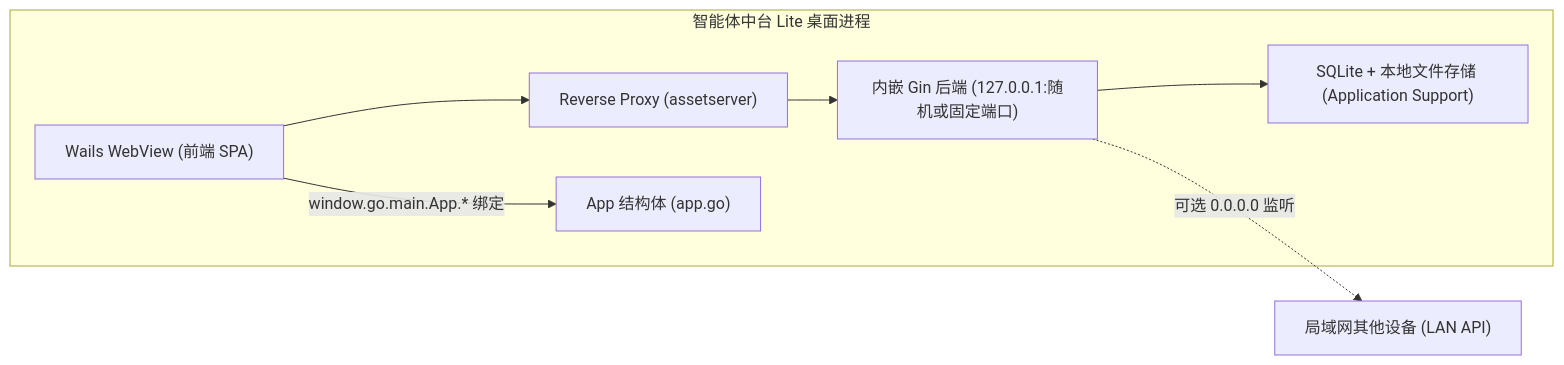
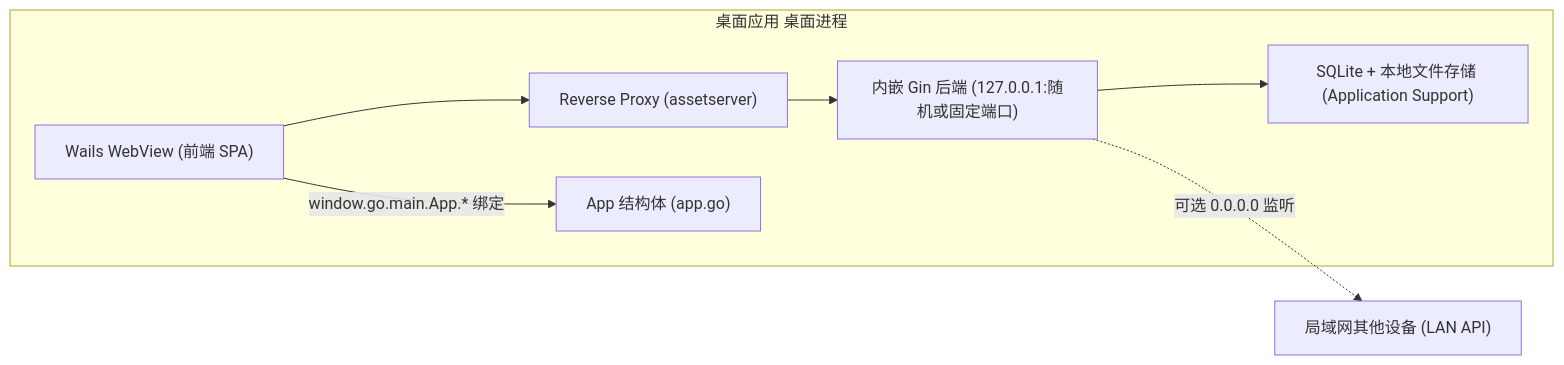
One commit to qinlei131479/WeKnora changed the diagram in apps/docs/05-clients/05-desktop.md. Above: the diagram before and after it, drawn with Mermaid. The commit also changed other lines of this file and 66 other files, not shown here.

````diff
--- a/apps/docs/05-clients/05-desktop.md
+++ b/apps/docs/05-clients/05-desktop.md
@@ -17,12 +17,12 @@
 ```mermaid
 flowchart LR
-    subgraph D["智能体中台 Lite 桌面进程"]
+    subgraph D["桌面应用 桌面进程"]
         W["Wails WebView (前端 SPA)"]
         P["Reverse Proxy (assetserver)"]
         B["内嵌 Gin 后端 (127.0.0.1:随机或固定端口)"]
         S["SQLite + 本地文件存储 (Application Support)"]
         W --> P --> B --> S
         W -- "window.go.main.App.* 绑定" --> A["App 结构体 (app.go)"]
     end
     B -. "可选 0.0.0.0 监听" .-> L["局域网其他设备 (LAN API)"]
 ```
````
